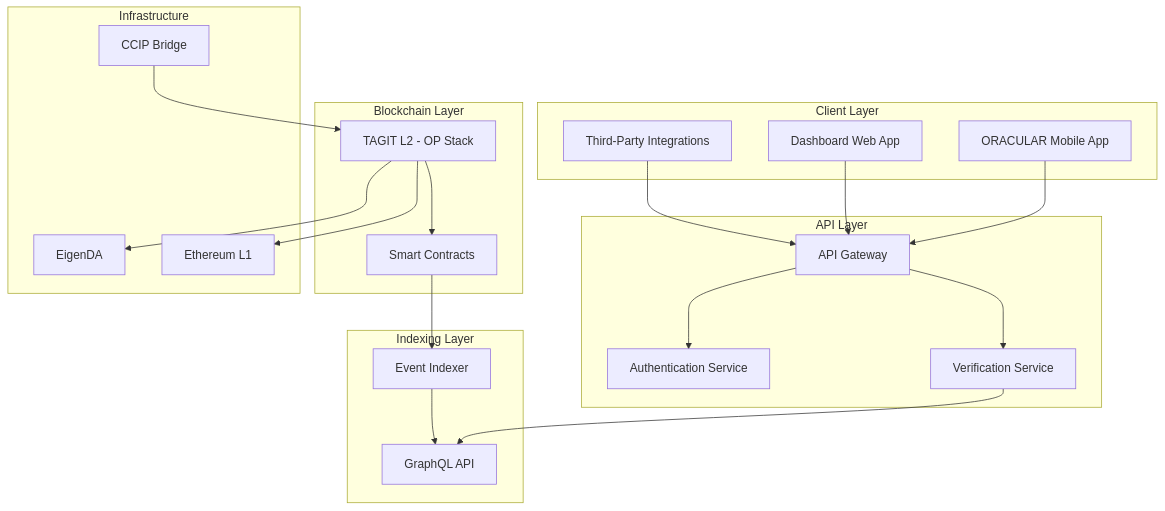
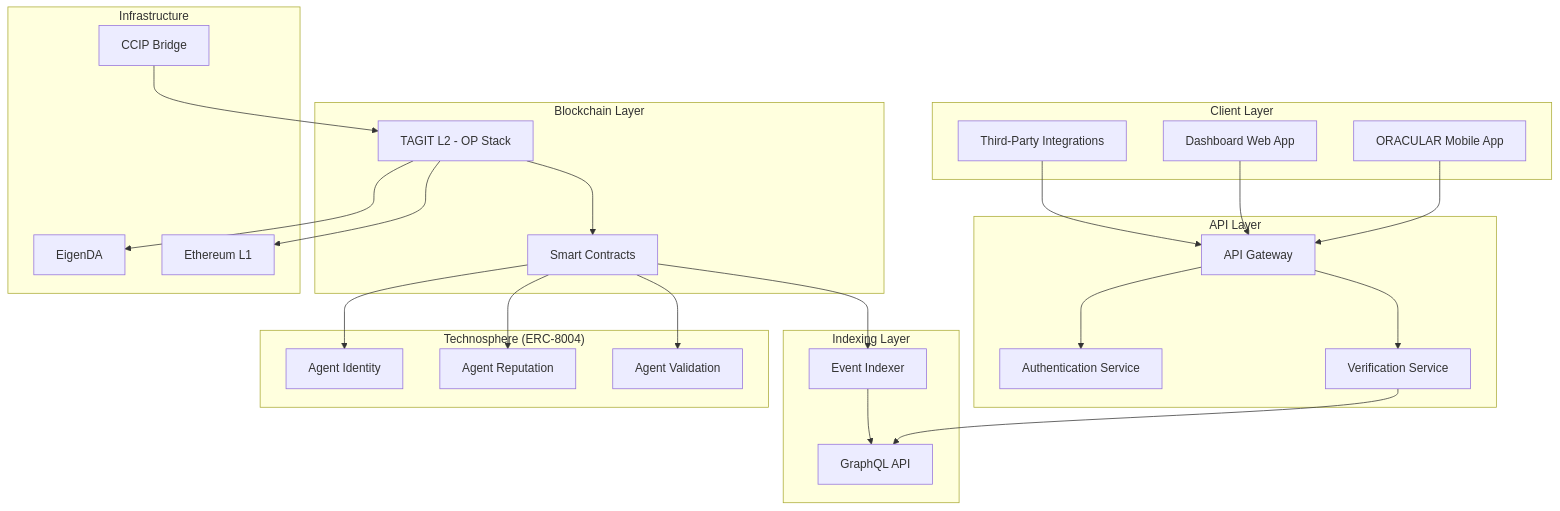
The first of 2 diagrams in docs/architecture/overview.md (TAG-IT-NETWORK/tagit-docs), drawn with Mermaid before and after one commit. The commit also changed other lines of this file and 2 other files, not shown here.

First line of the commit message:
docs: Phase B — AgentReputation, AgentValidation references, architecture update

````diff
--- a/docs/architecture/overview.md
+++ b/docs/architecture/overview.md
@@ -12,40 +12,47 @@
 ```mermaid
 flowchart TB
     subgraph "Client Layer"
         A[ORACULAR Mobile App]
         B[Dashboard Web App]
         C[Third-Party Integrations]
     end
 
     subgraph "API Layer"
         D[API Gateway]
         E[Authentication Service]
         F[Verification Service]
     end
 
     subgraph "Indexing Layer"
         G[Event Indexer]
         H[GraphQL API]
     end
 
     subgraph "Blockchain Layer"
         I[TAGIT L2 - OP Stack]
         J[Smart Contracts]
     end
 
+    subgraph "Technosphere (ERC-8004)"
+        N[Agent Identity]
+        O[Agent Reputation]
+        P[Agent Validation]
+    end
+
     subgraph "Infrastructure"
         K[EigenDA]
         L[Ethereum L1]
         M[CCIP Bridge]
     end
 
     A & B & C --> D
     D --> E & F
     F --> H
     G --> H
     J --> G
     I --> J
     I --> K
     I --> L
     M --> I
+    J --> N & O & P
 ```
````
